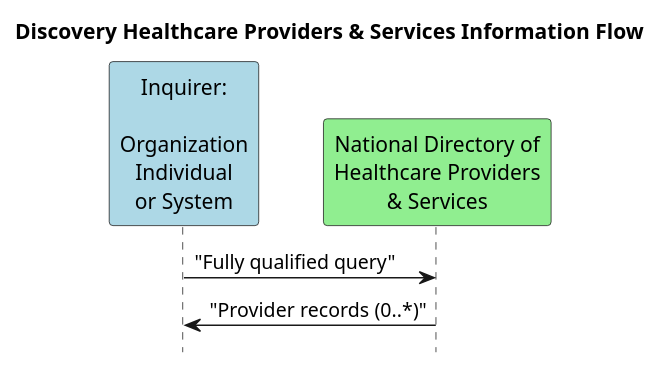
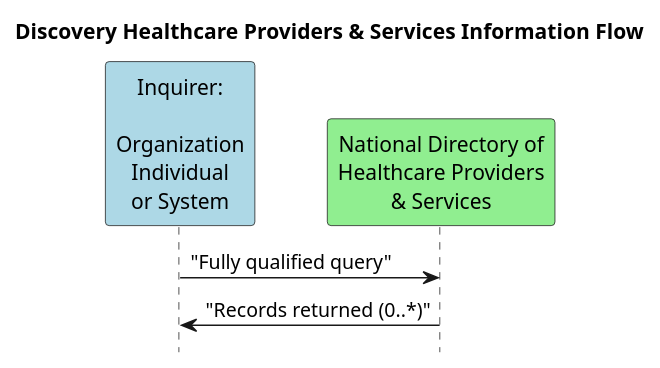
One commit to HL7/fhir-us-ndh changed the diagram in input/images-source/Query-Information-flow.plantuml. Above: the diagram before and after it, drawn with PlantUML. The commit also changed 7 other files, not shown here.

```diff
--- a/input/images-source/Query-Information-flow.plantuml
+++ b/input/images-source/Query-Information-flow.plantuml
@@ -1,16 +1,16 @@
 @startuml
 hide footbox
 title  Discovery Healthcare Providers & Services Information Flow
 participant "Inquirer:\n\nOrganization\nIndividual\nor System" as Inquirer #LightBlue
 participant "National Directory of\nHealthcare Providers\n& Services" as ndh #LightGreen
 
 
 
 
 Inquirer -> ndh: "Fully qualified query"
-ndh -> Inquirer: "Provider records (0..*)"
+ndh -> Inquirer: "Records returned (0..*)"
 
 
 
 
 @enduml
```
